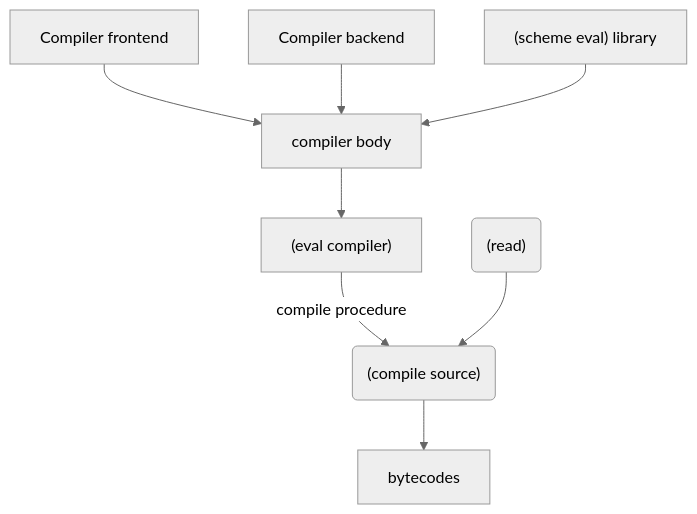
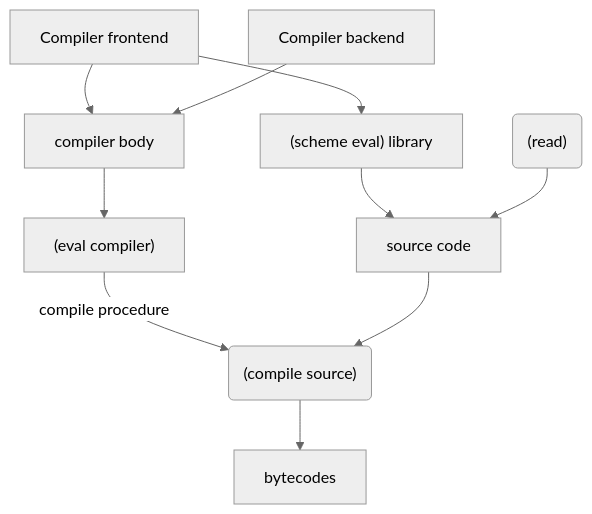
One commit to raviqqe/doc changed the first of 2 diagrams in posts/stak/inception.md. Above: the diagram before and after it, drawn with Mermaid (neutral theme). The commit also changed other lines of this file, not shown here.

````diff
--- a/posts/stak/inception.md
+++ b/posts/stak/inception.md
@@ -129,11 +129,13 @@
 ```mermaid
 graph TD
   A[Compiler frontend] --> C
+  A --> D
   B[Compiler backend] --> C
   C[compiler body] --> E
-  D["(scheme eval) library"] --> C
+  D["(scheme eval) library"] --> T
   E["(eval compiler)"] -->|compile procedure| F
   F("(compile source)") --> G
   G[bytecodes]
-  S("(read)") --> F
+  S("(read)") --> T
+  T[source code] --> F
 ```
````
